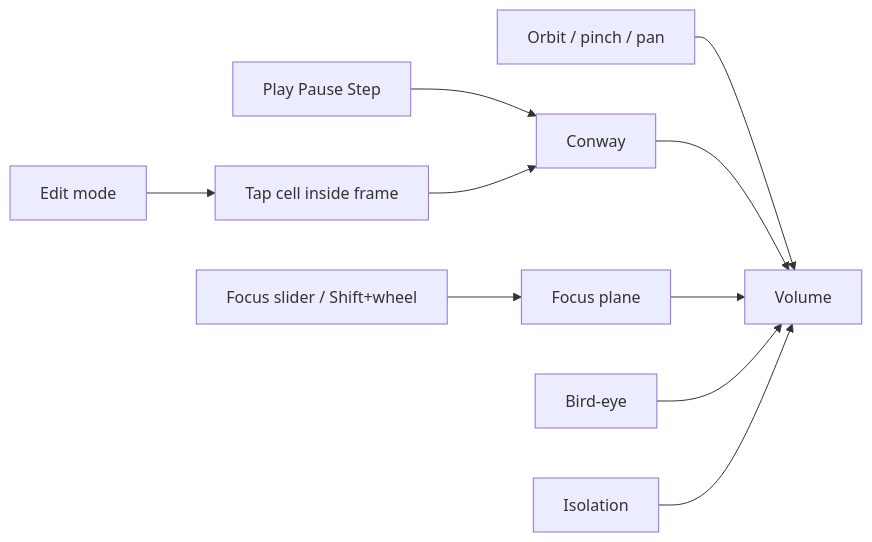
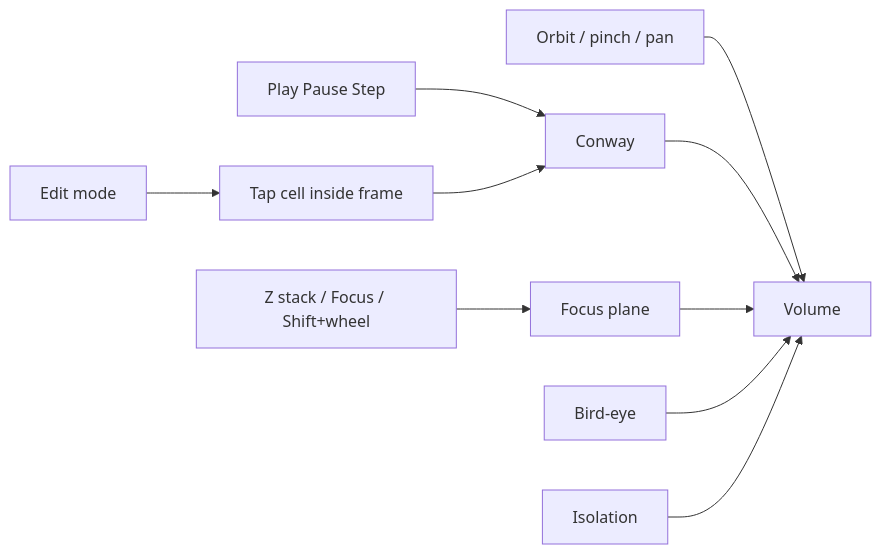
One commit to PiMaV/DONNER changed the diagram in docs/gui.md. Above: the diagram before and after it, drawn with Mermaid. The commit also changed other lines of this file and 17 other files, not shown here.

````diff
--- a/docs/gui.md
+++ b/docs/gui.md
@@ -8,12 +8,12 @@
 ```mermaid
 flowchart LR
   orbit[Orbit / pinch / pan] --> scene[Volume]
   play[Play Pause Step] --> sim[Conway]
   sim --> scene
-  scrub[Focus slider / Shift+wheel] --> plane[Focus plane]
+  scrub[Z stack / Focus / Shift+wheel] --> plane[Focus plane]
   plane --> scene
   edit[Edit mode] --> paint[Tap cell inside frame]
   paint --> sim
   bird[Bird-eye] --> scene
   iso[Isolation] --> scene
 ```
````
